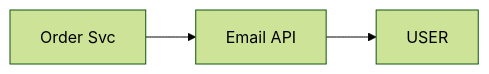
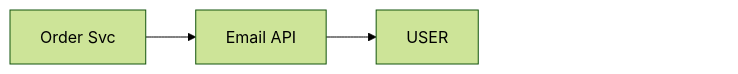
Before and after one commit to ArpanMaheshwari144/Prep: the first of 13 diagrams in 04_HLD/SYSTEM_DESIGNS/04_notification_system/04_notification_system.md, drawn with Mermaid (forest theme). The commit also changed other lines of this file and 13 other files, not shown here.

Commit message:
hld 14 file: har diagram ke daayein andekha dabba, zoom button asli dabbe pe na aaye

````diff
--- a/04_HLD/SYSTEM_DESIGNS/04_notification_system/04_notification_system.md
+++ b/04_HLD/SYSTEM_DESIGNS/04_notification_system/04_notification_system.md
@@ -93,9 +93,12 @@
 ```mermaid
 %%{init: {"flowchart": {"wrappingWidth": 450}}}%%
 flowchart LR
     n_Order_Svc["Order Svc"]
     n_Email_API["Email API"]
     n_USER["USER"]
     n_Order_Svc --> n_Email_API
     n_Email_API --> n_USER
+    n_pad["xxxxxxxxxxxxxxxx"]
+    n_USER ~~~ n_pad
+    style n_pad fill:none,stroke:none,color:#ffffff00
 ```
````
